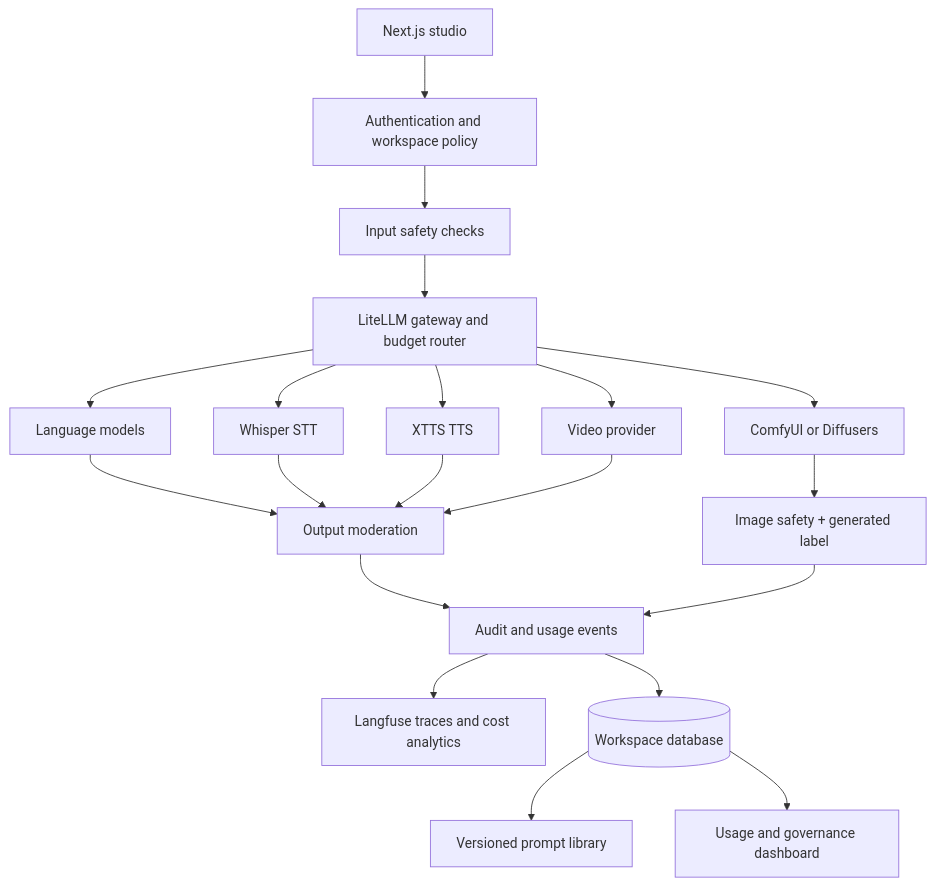
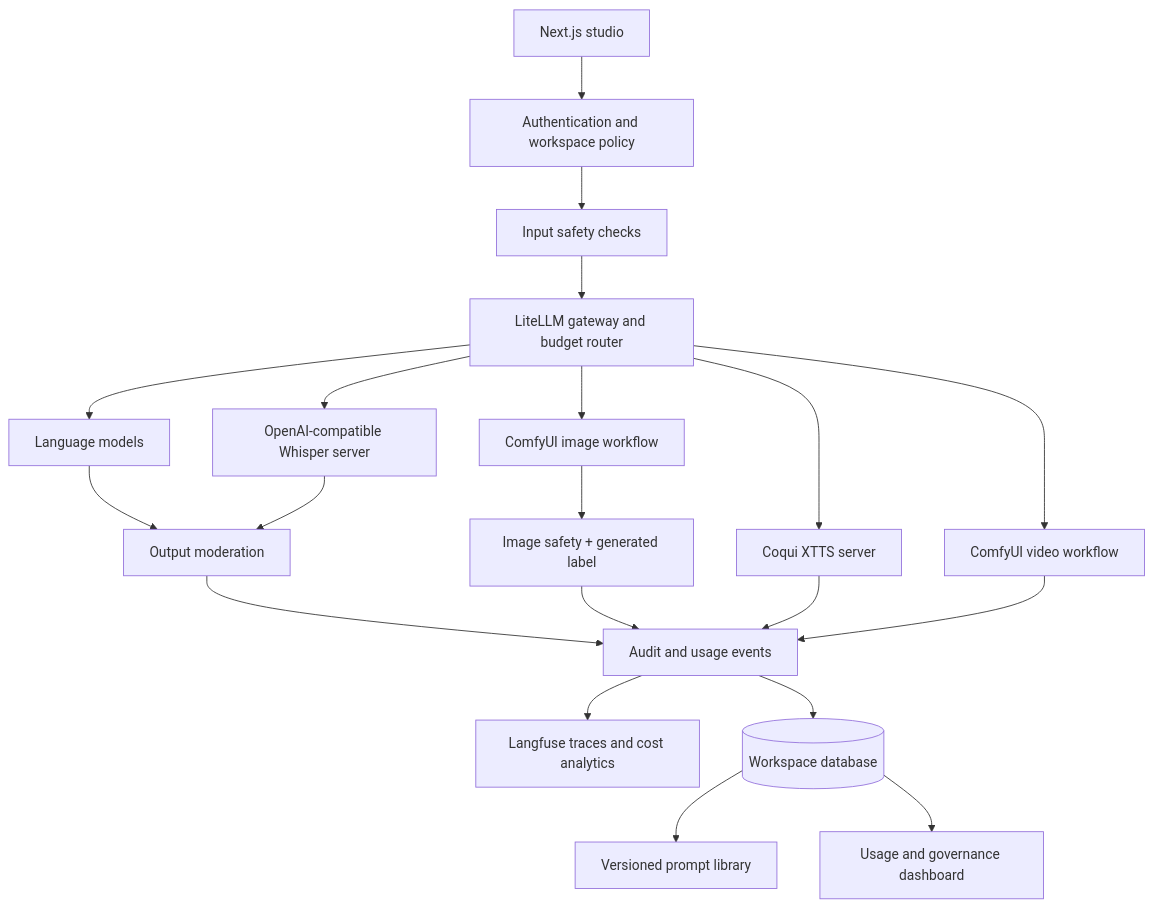
One commit to PramithPatil/Mosaic-Ai-Studio changed the second of 2 diagrams in docs/architecture.md. Above: the diagram before and after it, drawn with Mermaid. The commit also changed other lines of this file and 15 other files, not shown here.

````diff
--- a/docs/architecture.md
+++ b/docs/architecture.md
@@ -29,22 +32,22 @@
 ```mermaid
 flowchart TD
   UI[Next.js studio] --> AUTH[Authentication and workspace policy]
   AUTH --> SAFEIN[Input safety checks]
   SAFEIN --> ROUTER[LiteLLM gateway and budget router]
   ROUTER --> TEXT[Language models]
-  ROUTER --> IMAGE[ComfyUI or Diffusers]
-  ROUTER --> WHISPER[Whisper STT]
-  ROUTER --> XTTS[XTTS TTS]
-  ROUTER --> VIDEO[Video provider]
+  ROUTER --> IMAGE[ComfyUI image workflow]
+  ROUTER --> WHISPER[OpenAI-compatible Whisper server]
+  ROUTER --> XTTS[Coqui XTTS server]
+  ROUTER --> VIDEO[ComfyUI video workflow]
   TEXT --> SAFEOUT[Output moderation]
   IMAGE --> IMGSAFE[Image safety + generated label]
   WHISPER --> SAFEOUT
-  XTTS --> SAFEOUT
-  VIDEO --> SAFEOUT
   SAFEOUT --> AUDIT[Audit and usage events]
   IMGSAFE --> AUDIT
+  XTTS --> AUDIT
+  VIDEO --> AUDIT
   AUDIT --> LANGFUSE[Langfuse traces and cost analytics]
   AUDIT --> DB[(Workspace database)]
   DB --> PROMPTS[Versioned prompt library]
   DB --> DASH[Usage and governance dashboard]
 ```
````
